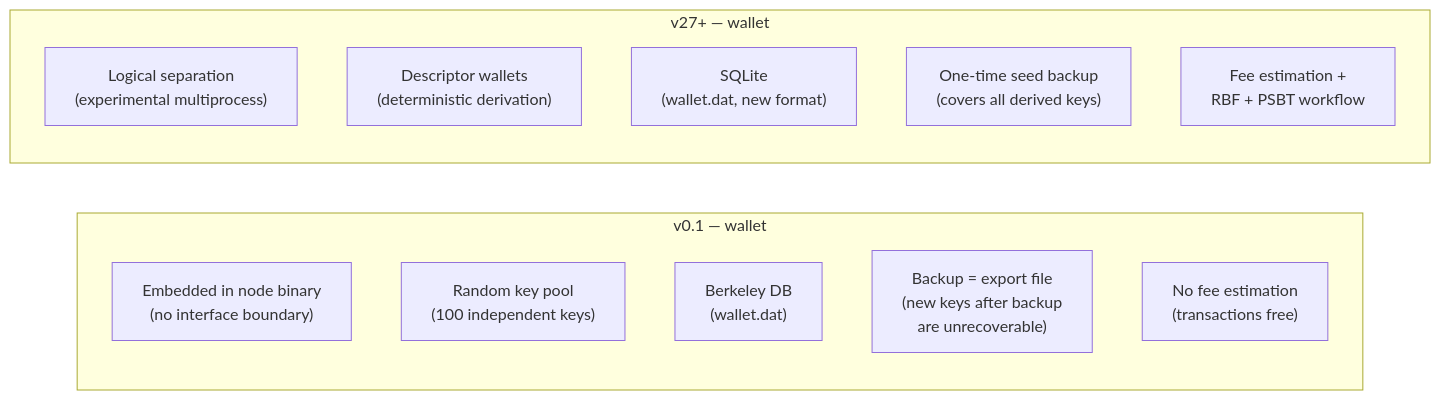
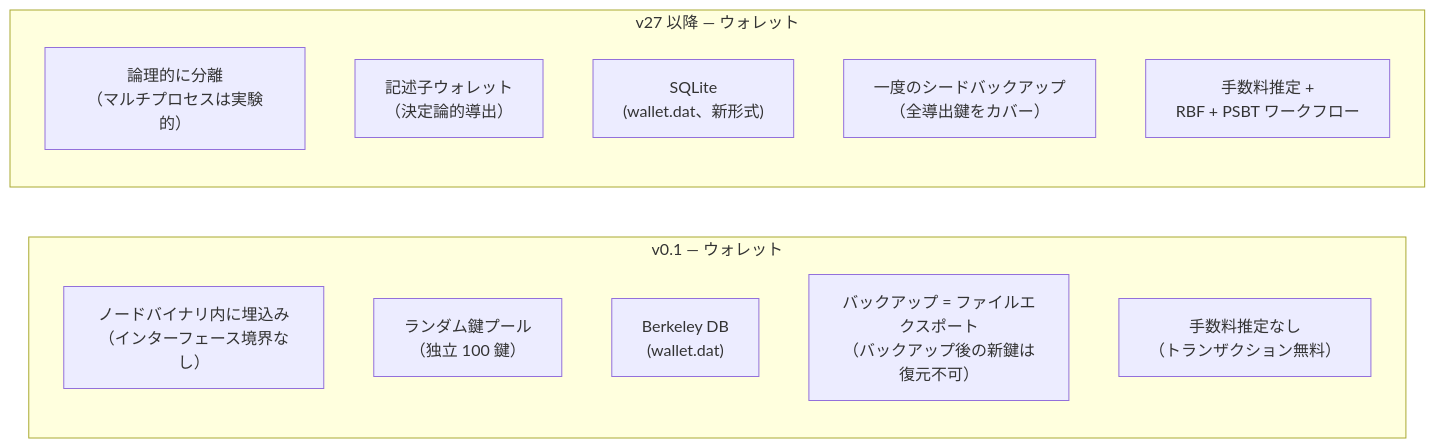
The ninth of 10 diagrams in src/data/translations/ja/design/2009-01-03-bitcoin-architecture-evolution.md (cypher256/BitcoinArchive), drawn with Mermaid before and after one commit. The commit also changed other lines of this file and 11 other files, not shown here.

````diff
--- a/src/data/translations/ja/design/2009-01-03-bitcoin-architecture-evolution.md
+++ b/src/data/translations/ja/design/2009-01-03-bitcoin-architecture-evolution.md
@@ -322,20 +322,20 @@
 ```mermaid
 flowchart LR
-    subgraph V01_WALL["v0.1 — wallet"]
+    subgraph V01_WALL["v0.1 — ウォレット"]
         direction TB
-        EMBED["Embedded in node binary<br/>(no interface boundary)"]
-        RAND_K["Random key pool<br/>(100 independent keys)"]
+        EMBED["ノードバイナリ内に埋込み<br/>（インターフェース境界なし）"]
+        RAND_K["ランダム鍵プール<br/>（独立 100 鍵）"]
         BDB_W["Berkeley DB<br/>(wallet.dat)"]
-        BACKUP["Backup = export file<br/>(new keys after backup<br/>are unrecoverable)"]
-        NO_FEE["No fee estimation<br/>(transactions free)"]
+        BACKUP["バックアップ = ファイルエクスポート<br/>（バックアップ後の新鍵は<br/>復元不可）"]
+        NO_FEE["手数料推定なし<br/>（トランザクション無料）"]
     end
 
-    subgraph V27_WALL["v27+ — wallet"]
+    subgraph V27_WALL["v27 以降 — ウォレット"]
         direction TB
-        SEP["Logical separation<br/>(experimental multiprocess)"]
-        DESC["Descriptor wallets<br/>(deterministic derivation)"]
-        SQLITE["SQLite<br/>(wallet.dat, new format)"]
-        SEED["One-time seed backup<br/>(covers all derived keys)"]
-        EST["Fee estimation +<br/>RBF + PSBT workflow"]
+        SEP["論理的に分離<br/>（マルチプロセスは実験的）"]
+        DESC["記述子ウォレット<br/>（決定論的導出）"]
+        SQLITE["SQLite<br/>(wallet.dat、新形式)"]
+        SEED["一度のシードバックアップ<br/>（全導出鍵をカバー）"]
+        EST["手数料推定 +<br/>RBF + PSBT ワークフロー"]
     end
 ```
````
